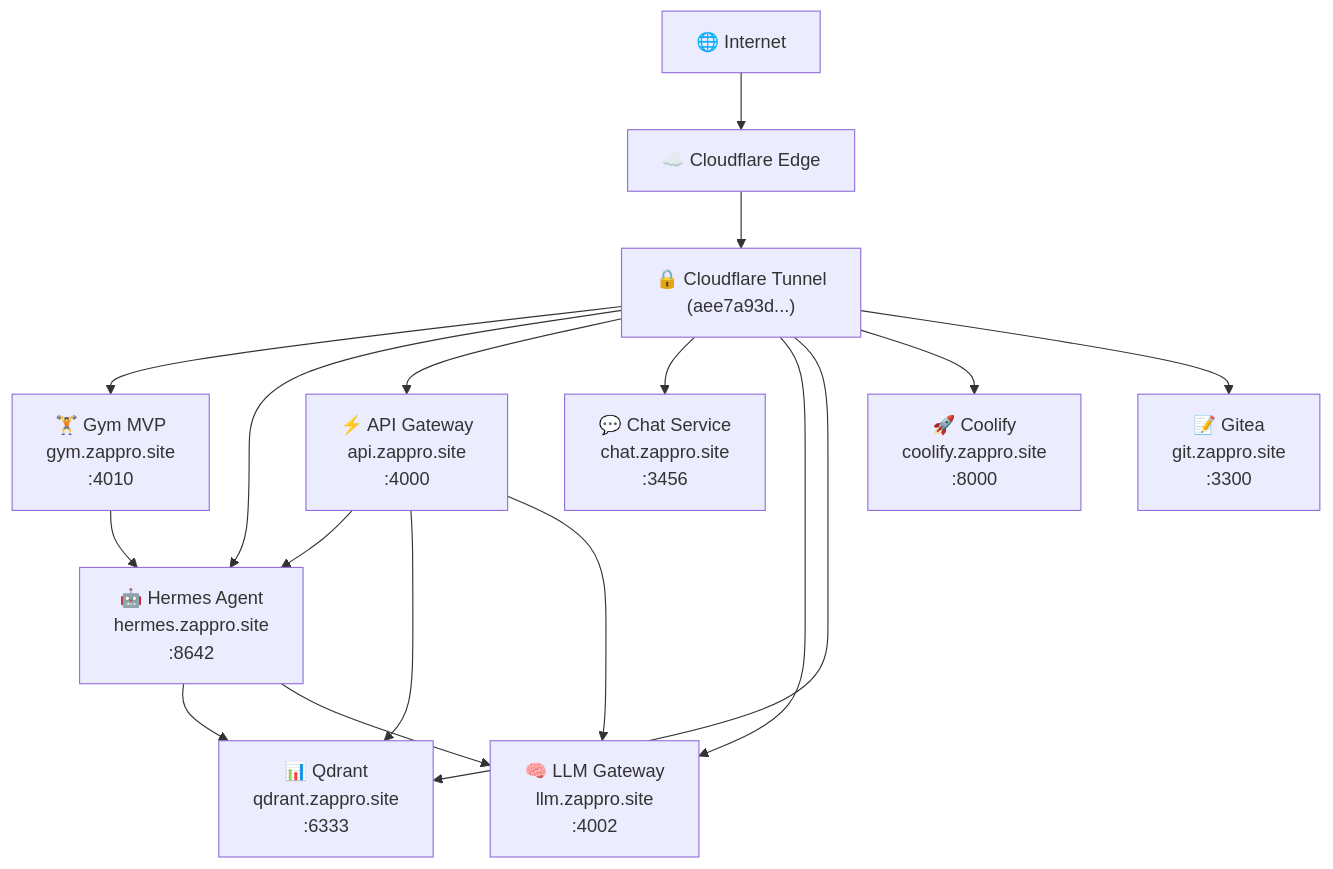
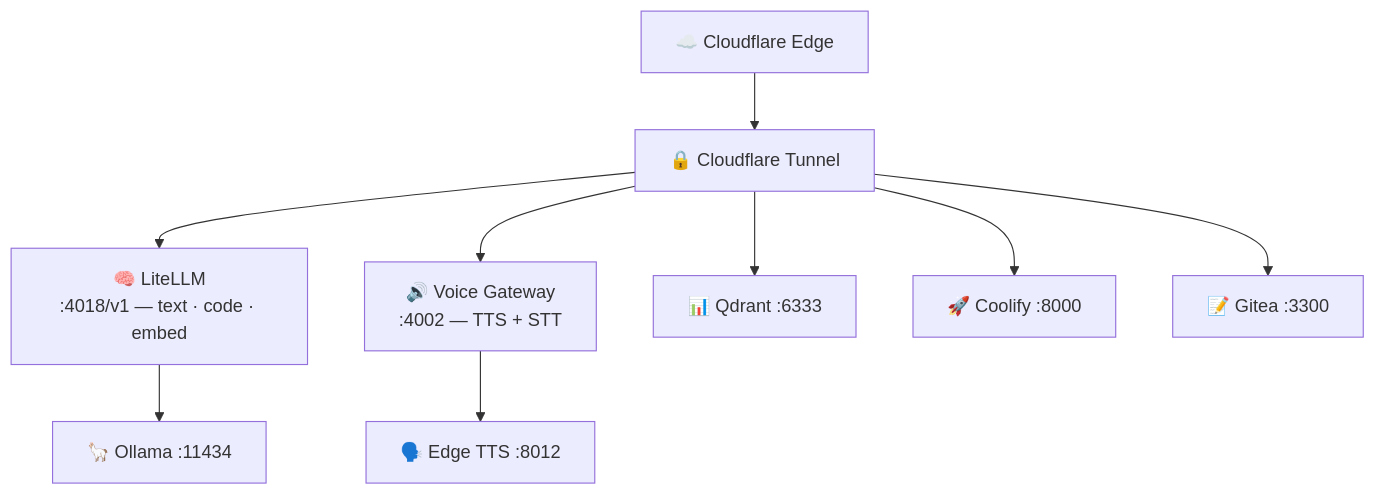
Before and after one commit to zapprosite/monorepo: the diagram in README.md, drawn with Mermaid. The commit also changed other lines of this file and 341 other files, not shown here.

````diff
--- a/README.md
+++ b/README.md
@@ -30,32 +12,11 @@
 ```mermaid
 graph TB
-    Internet["🌐 Internet"]
-    CF["☁️ Cloudflare Edge"]
-    Tunnel["🔒 Cloudflare Tunnel<br/>(aee7a93d...)"]
-    Gym["🏋️ Gym MVP<br/>gym.zappro.site<br/>:4010"]
-    Hermes["🤖 Hermes Agent<br/>hermes.zappro.site<br/>:8642"]
-    API["⚡ API Gateway<br/>api.zappro.site<br/>:4000"]
-    Chat["💬 Chat Service<br/>chat.zappro.site<br/>:3456"]
-    LLM["🧠 LLM Gateway<br/>llm.zappro.site<br/>:4002"]
-    Qdrant["📊 Qdrant<br/>qdrant.zappro.site<br/>:6333"]
-    Coolify["🚀 Coolify<br/>coolify.zappro.site<br/>:8000"]
-    Gitea["📝 Gitea<br/>git.zappro.site<br/>:3300"]
-
-    Internet --> CF
-    CF --> Tunnel
-    Tunnel --> Gym
-    Tunnel --> Hermes
-    Tunnel --> API
-    Tunnel --> Chat
-    Tunnel --> LLM
-    Tunnel --> Qdrant
-    Tunnel --> Coolify
-    Tunnel --> Gitea
-
-    Gym --> Hermes
-    Hermes --> Qdrant
-    Hermes --> LLM
-    API --> Hermes
-    API --> Qdrant
-    API --> LLM
+    CF["☁️ Cloudflare Edge"] --> Tunnel["🔒 Cloudflare Tunnel"]
+    Tunnel --> LLM["🧠 LiteLLM<br/>:4018/v1 — text · code · embed"]
+    Tunnel --> Voice["🔊 Voice Gateway<br/>:4002 — TTS + STT"]
+    Tunnel --> Qdrant["📊 Qdrant :6333"]
+    Tunnel --> Coolify["🚀 Coolify :8000"]
+    Tunnel --> Gitea["📝 Gitea :3300"]
+    LLM --> Ollama["🦙 Ollama :11434"]
+    Voice --> EdgeTTS["🗣️ Edge TTS :8012"]
 ```
````
